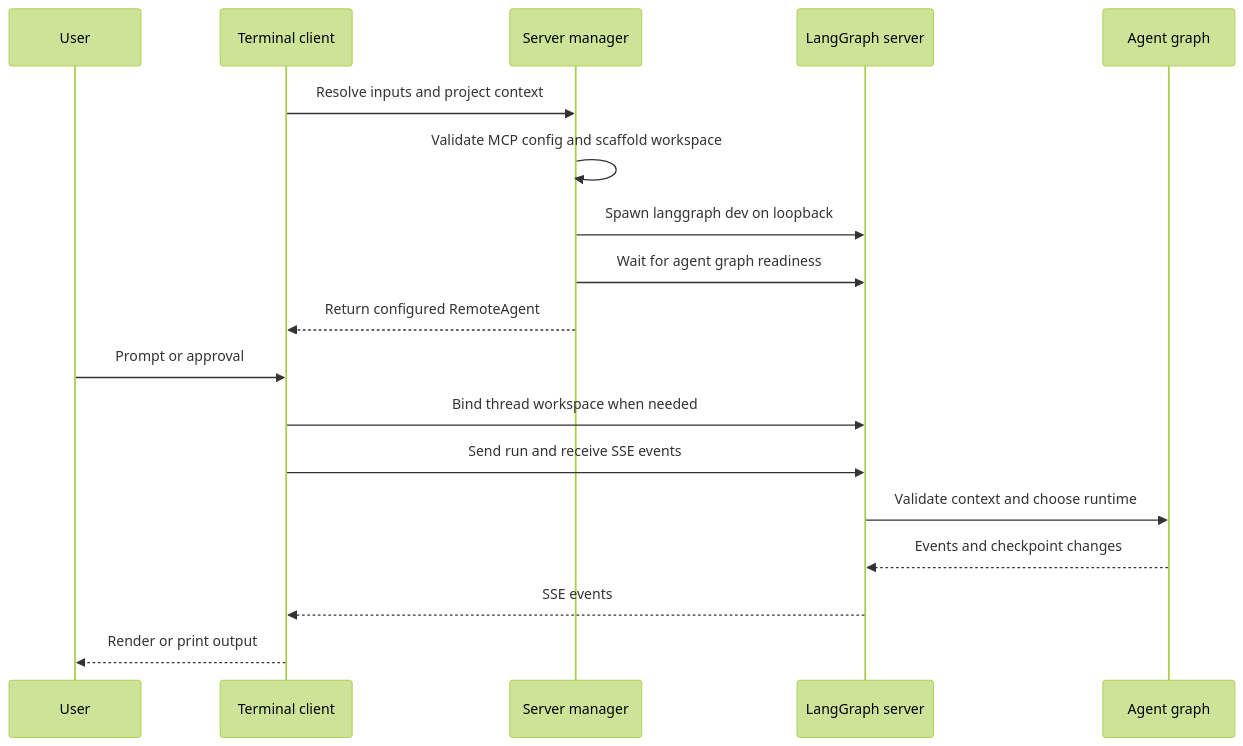
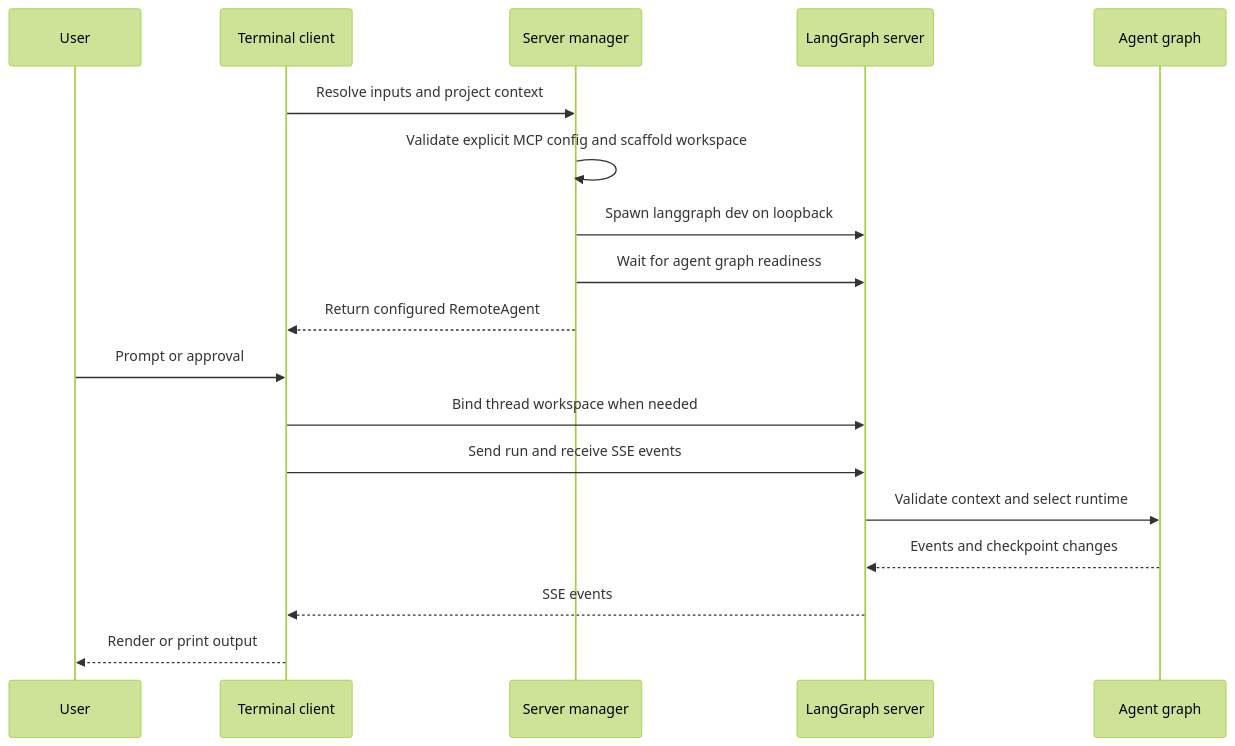
One commit to langchain-ai/deepagents changed the first of 2 diagrams in openwiki/architecture/code-agent.md. Above: the diagram before and after it, drawn with Mermaid (forest theme). The commit also changed other lines of this file and 56 other files, not shown here.

````diff
--- a/openwiki/architecture/code-agent.md
+++ b/openwiki/architecture/code-agent.md
@@ -60,21 +30,21 @@
 ```mermaid
 sequenceDiagram
     participant User
     participant Client as Terminal client
     participant Manager as Server manager
     participant Server as LangGraph server
     participant Graph as Agent graph
 
     Client->>Manager: Resolve inputs and project context
-    Manager->>Manager: Validate MCP config and scaffold workspace
+    Manager->>Manager: Validate explicit MCP config and scaffold workspace
     Manager->>Server: Spawn langgraph dev on loopback
     Manager->>Server: Wait for agent graph readiness
     Manager-->>Client: Return configured RemoteAgent
     User->>Client: Prompt or approval
     Client->>Server: Bind thread workspace when needed
     Client->>Server: Send run and receive SSE events
-    Server->>Graph: Validate context and choose runtime
+    Server->>Graph: Validate context and select runtime
     Graph-->>Server: Events and checkpoint changes
     Server-->>Client: SSE events
     Client-->>User: Render or print output
 ```
````
